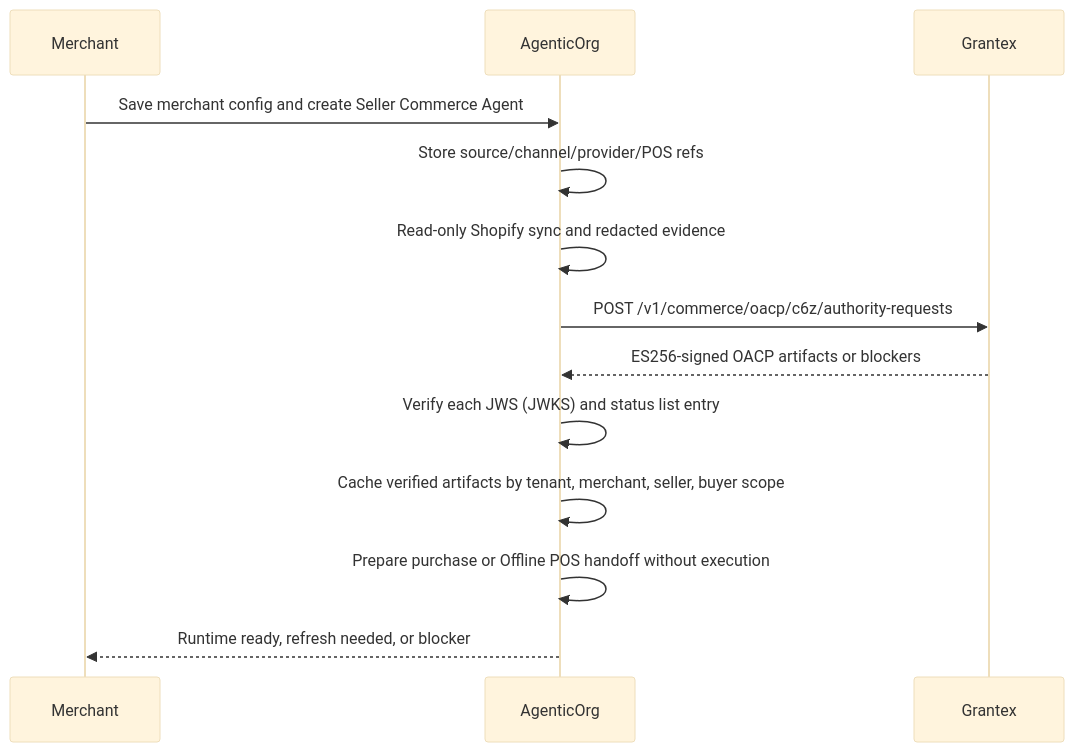
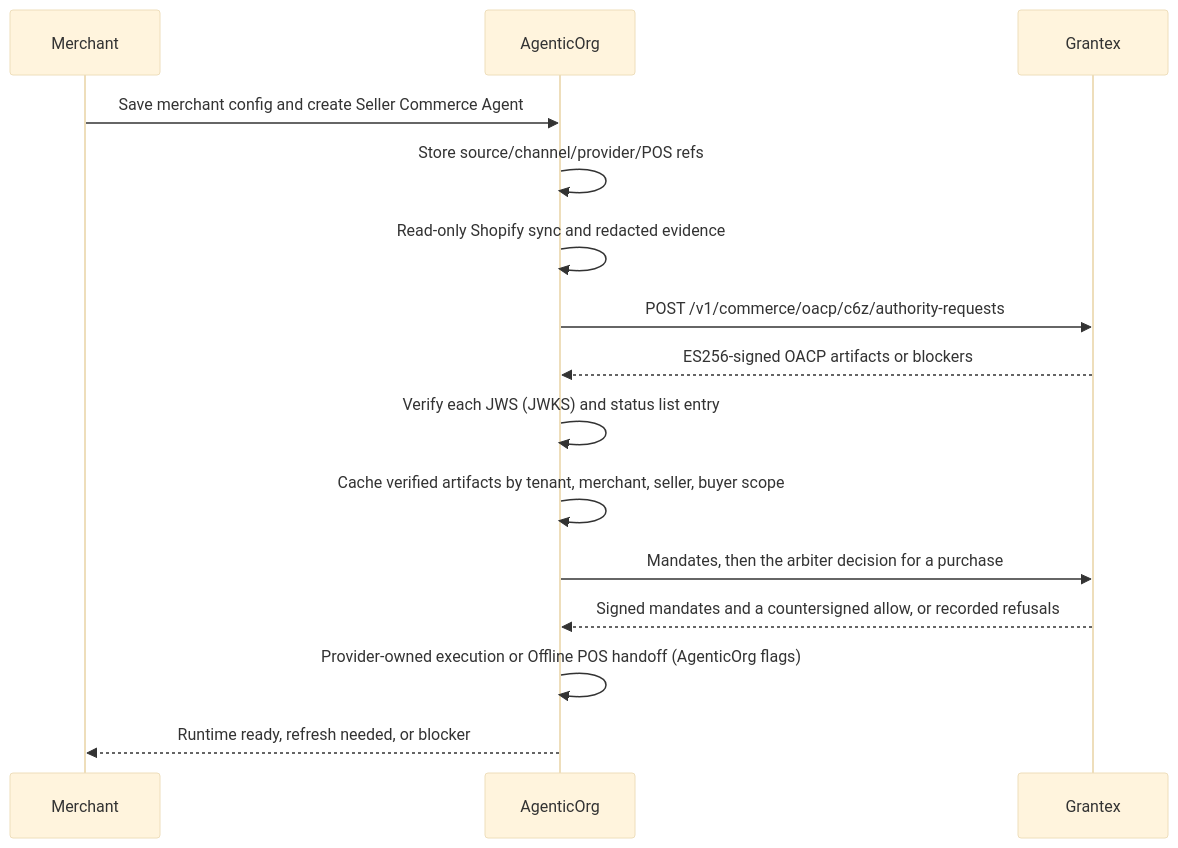
Before and after one commit to mishrasanjeev/grantex: the diagram in docs/guides/oacp/agenticorg-integration.mdx, drawn with Mermaid (base theme). The commit also changed other lines of this file and 22 other files, not shown here.

````diff
--- a/docs/guides/oacp/agenticorg-integration.mdx
+++ b/docs/guides/oacp/agenticorg-integration.mdx
@@ -13,15 +15,17 @@
 ```mermaid
 sequenceDiagram
   participant M as Merchant
   participant A as AgenticOrg
   participant G as Grantex
   M->>A: Save merchant config and create Seller Commerce Agent
   A->>A: Store source/channel/provider/POS refs
   A->>A: Read-only Shopify sync and redacted evidence
   A->>G: POST /v1/commerce/oacp/c6z/authority-requests
   G-->>A: ES256-signed OACP artifacts or blockers
   A->>A: Verify each JWS (JWKS) and status list entry
   A->>A: Cache verified artifacts by tenant, merchant, seller, buyer scope
-  A->>A: Prepare purchase or Offline POS handoff without execution
+  A->>G: Mandates, then the arbiter decision for a purchase
+  G-->>A: Signed mandates and a countersigned allow, or recorded refusals
+  A->>A: Provider-owned execution or Offline POS handoff (AgenticOrg flags)
   A-->>M: Runtime ready, refresh needed, or blocker
 ```
````
